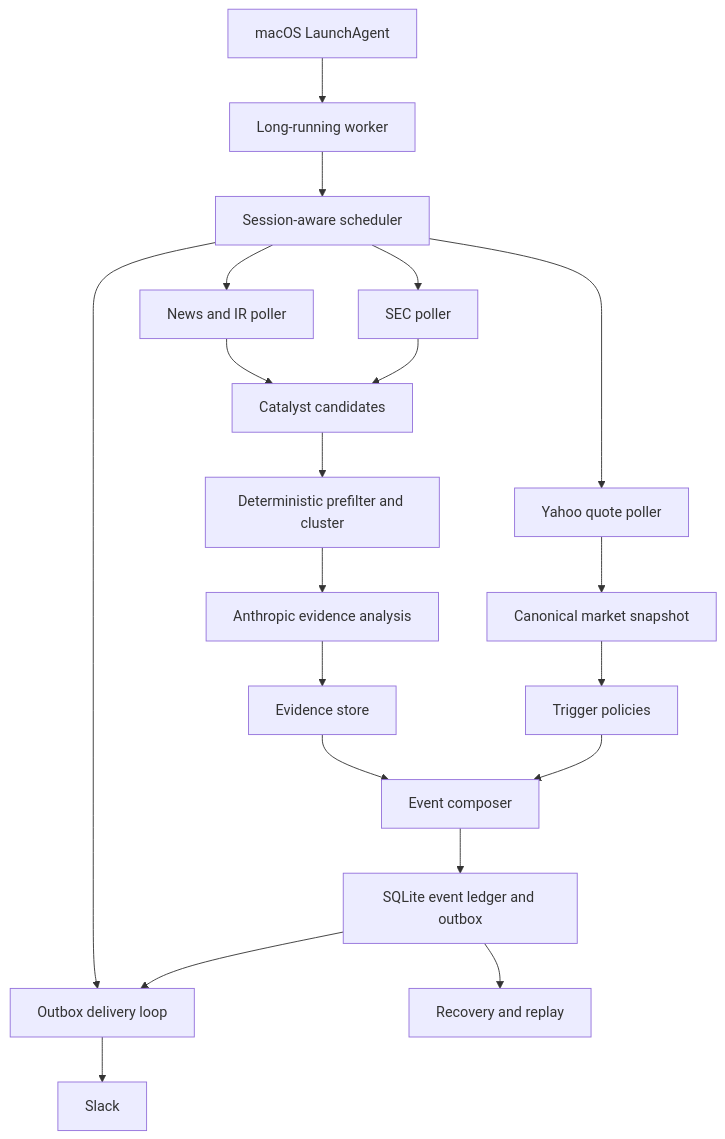
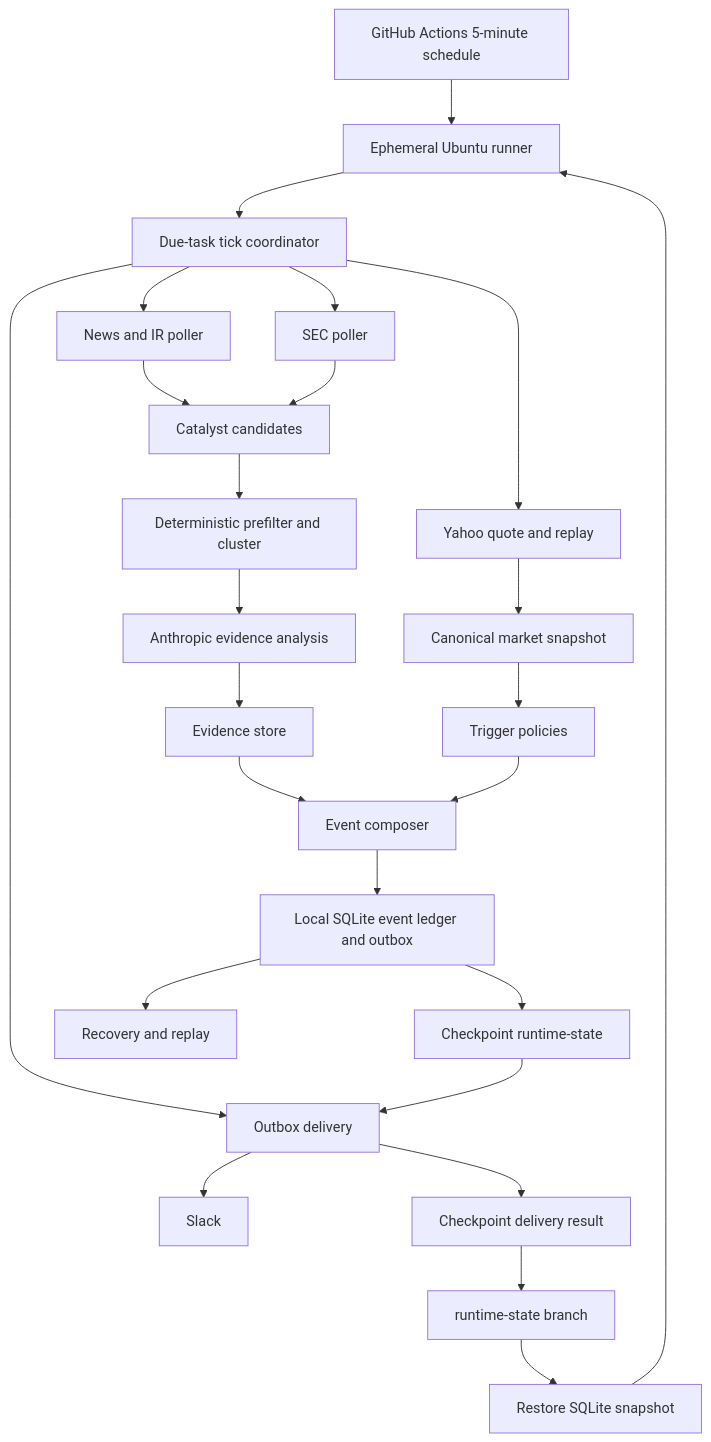
One commit to okeycsy/investing changed the diagram in docs/HOOD_MONITOR_PRD_V2.md. Above: the diagram before and after it, drawn with Mermaid. The commit also changed other lines of this file and 3 other files, not shown here.

Commit message:
docs: run monitor v2 on GitHub Actions

````diff
--- a/docs/HOOD_MONITOR_PRD_V2.md
+++ b/docs/HOOD_MONITOR_PRD_V2.md
@@ -584,22 +623,27 @@
 ```mermaid
 flowchart TD
-    LA["macOS LaunchAgent"] --> WK["Long-running worker"]
-    WK --> SC["Session-aware scheduler"]
-    SC --> MQ["Yahoo quote poller"]
+    GH["GitHub Actions 5-minute schedule"] --> RN["Ephemeral Ubuntu runner"]
+    ST["runtime-state branch"] --> RS["Restore SQLite snapshot"]
+    RS --> RN
+    RN --> SC["Due-task tick coordinator"]
+    SC --> MQ["Yahoo quote and replay"]
     SC --> NP["News and IR poller"]
     SC --> SP["SEC poller"]
-    SC --> OD["Outbox delivery loop"]
+    SC --> OD["Outbox delivery"]
     MQ --> NM["Canonical market snapshot"]
     NP --> CC["Catalyst candidates"]
     SP --> CC
     CC --> PF["Deterministic prefilter and cluster"]
     PF --> AI["Anthropic evidence analysis"]
     AI --> ES["Evidence store"]
     NM --> TP["Trigger policies"]
     ES --> CP["Event composer"]
     TP --> CP
-    CP --> DB["SQLite event ledger and outbox"]
-    DB --> OD
+    CP --> DB["Local SQLite event ledger and outbox"]
+    DB --> CK["Checkpoint runtime-state"]
+    CK --> OD
     OD --> SL["Slack"]
+    OD --> CK2["Checkpoint delivery result"]
+    CK2 --> ST
     DB --> RC["Recovery and replay"]
 ```
````
